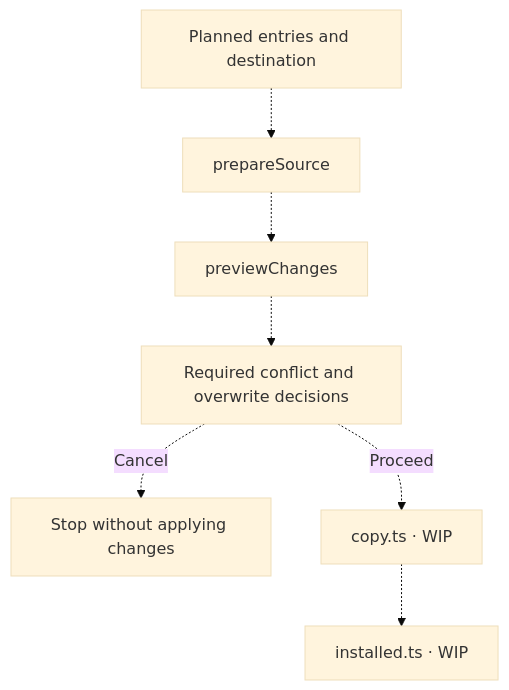
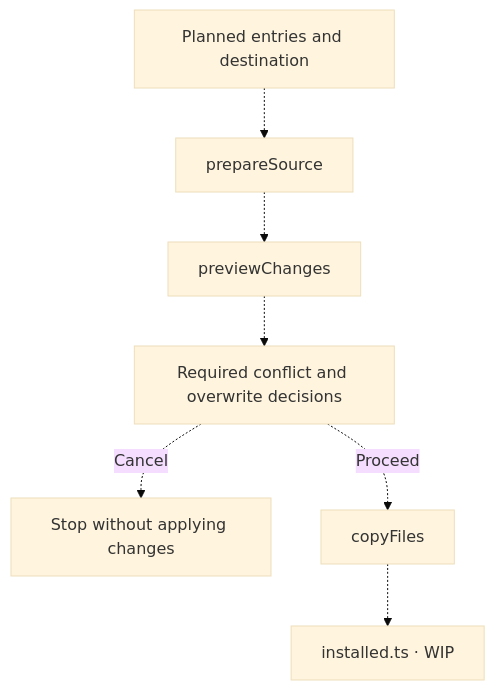
Before and after one commit to feuersteiner/bref-ui: the fifth of 5 diagrams in cli/installation/README.md, drawn with Mermaid (base theme). The commit also changed other lines of this file and 5 other files, not shown here.

````diff
--- a/cli/installation/README.md
+++ b/cli/installation/README.md
@@ -82,9 +111,9 @@
 ```mermaid
 flowchart TD
     entries["Planned entries and destination"] -.-> prepare["prepareSource"]
     prepare -.-> preview["previewChanges"]
     preview -.-> decisions["Required conflict and overwrite decisions"]
     decisions -.->|Cancel| stop["Stop without applying changes"]
-    decisions -.->|Proceed| copy["copy.ts · WIP"]
+    decisions -.->|Proceed| copy["copyFiles"]
     copy -.-> exports["installed.ts · WIP"]
 ```
````
